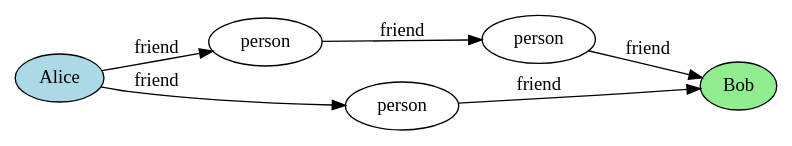
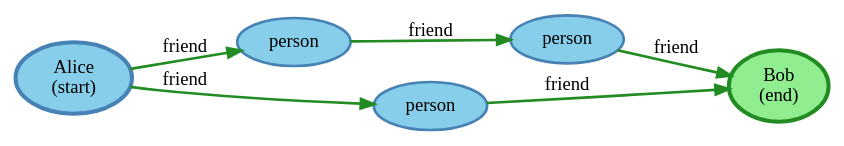
Before and after one commit to graphistry/pygraphistry: the fourth of 4 diagrams in docs/source/gfql/translate.rst, drawn with Graphviz. The commit also changed other lines of this file, not shown here.

First line of the commit message:
docs(gfql): apply consistent diagram styling to translate.rst

```diff
--- a/docs/source/gfql/translate.rst
+++ b/docs/source/gfql/translate.rst
@@ -398,15 +398,15 @@
 .. graphviz::
 
    digraph all_paths {
        rankdir=LR;
-       Alice [style=filled, fillcolor=lightblue, label="Alice"];
-       Bob [style=filled, fillcolor=lightgreen, label="Bob"];
-       m1 [label="person"];
-       m2 [label="person"];
-       n1 [label="person"];
-       Alice -> m1 [label="friend"];
-       m1 -> m2 [label="friend"];
-       m2 -> Bob [label="friend"];
-       Alice -> n1 [label="friend"];
-       n1 -> Bob [label="friend"];
+       Alice [label="Alice\n(start)", style="filled,bold", fillcolor="#87CEEB", penwidth=3, color="#4682B4"];
+       Bob [label="Bob\n(end)", style="filled,bold", fillcolor="#90EE90", penwidth=3, color="#228B22"];
+       m1 [label="person", style="filled,bold", fillcolor="#87CEEB", penwidth=2, color="#4682B4"];
+       m2 [label="person", style="filled,bold", fillcolor="#87CEEB", penwidth=2, color="#4682B4"];
+       n1 [label="person", style="filled,bold", fillcolor="#87CEEB", penwidth=2, color="#4682B4"];
+       Alice -> m1 [label="friend", style=bold, color="#228B22", penwidth=2];
+       m1 -> m2 [label="friend", style=bold, color="#228B22", penwidth=2];
+       m2 -> Bob [label="friend", style=bold, color="#228B22", penwidth=2];
+       Alice -> n1 [label="friend", style=bold, color="#228B22", penwidth=2];
+       n1 -> Bob [label="friend", style=bold, color="#228B22", penwidth=2];
    }
```
